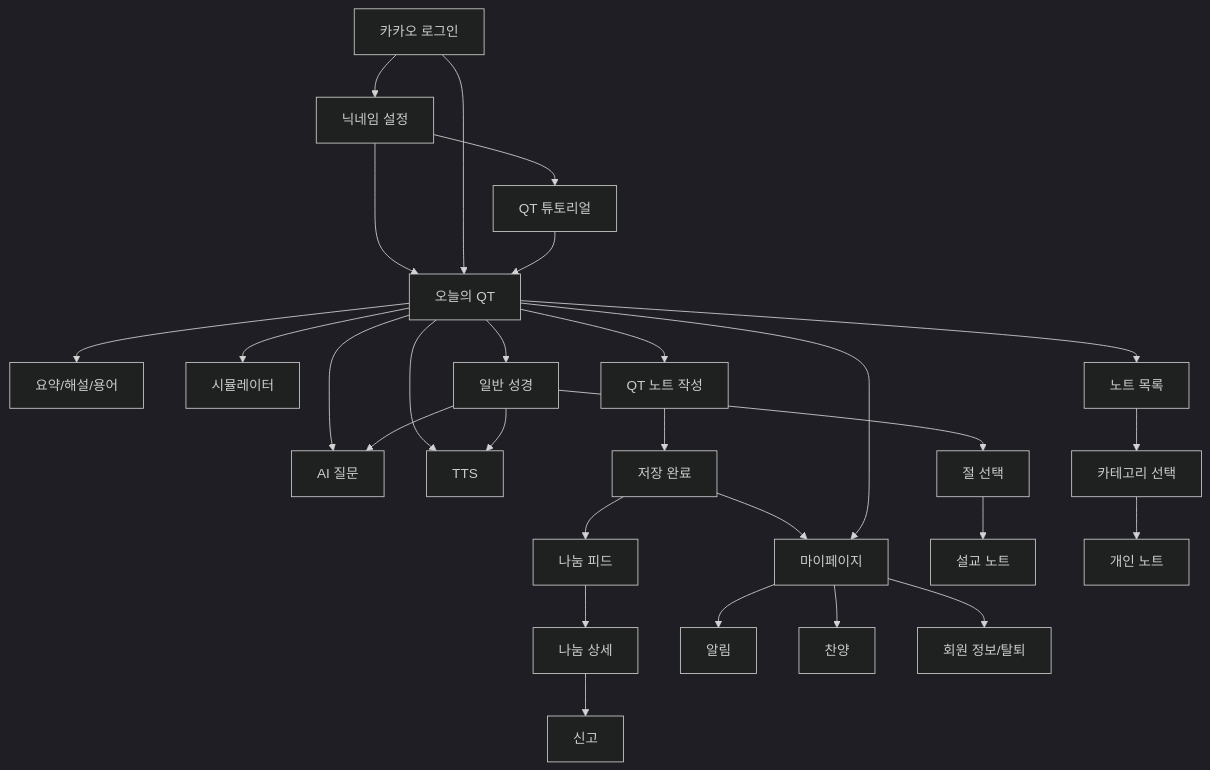
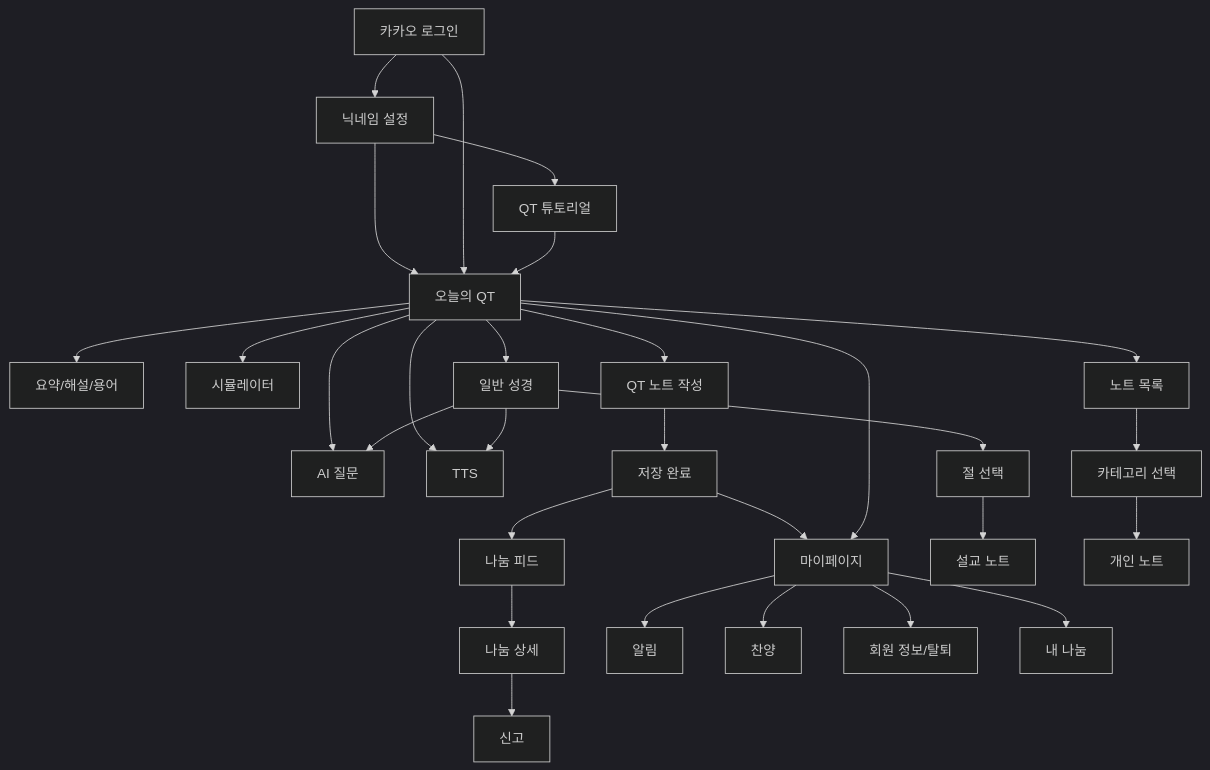
The diagram in 03_화면설계_스토리보드.md (sangminka/docs), drawn with Mermaid (dark theme) before and after one commit. The commit also changed other lines of this file and 4 other files, not shown here.

````diff
--- a/03_화면설계_스토리보드.md
+++ b/03_화면설계_스토리보드.md
@@ -589,35 +626,36 @@
 ```mermaid
 flowchart TD
     A02[카카오 로그인] --> A03[닉네임 설정]
     A03 --> Q01[오늘의 QT]
     A02 --> Q01
     A03 --> A04[QT 튜토리얼]
     A04 --> Q01
 
     Q01 --> Q02[요약/해설/용어]
     Q01 --> Q04[AI 질문]
     Q01 --> Q05[TTS]
     Q01 --> Q03[시뮬레이터]
     Q01 --> Q06[QT 노트 작성]
     Q06 --> Q07[저장 완료]
     Q07 --> M01[마이페이지]
     Q07 --> S01[나눔 피드]
 
     Q01 --> B01[일반 성경]
     B01 --> B02[절 선택]
     B02 --> B03[설교 노트]
     B01 --> Q04
     B01 --> Q05
 
     Q01 --> N01[노트 목록]
     N01 --> N02[카테고리 선택]
     N02 --> N03[개인 노트]
 
     S01 --> S02[나눔 상세]
     S02 --> S03[신고]
 
     Q01 --> M01
     M01 --> M02[알림]
     M01 --> M03[찬양]
     M01 --> M04[회원 정보/탈퇴]
+    M01 --> M05[내 나눔]
 ```
````
